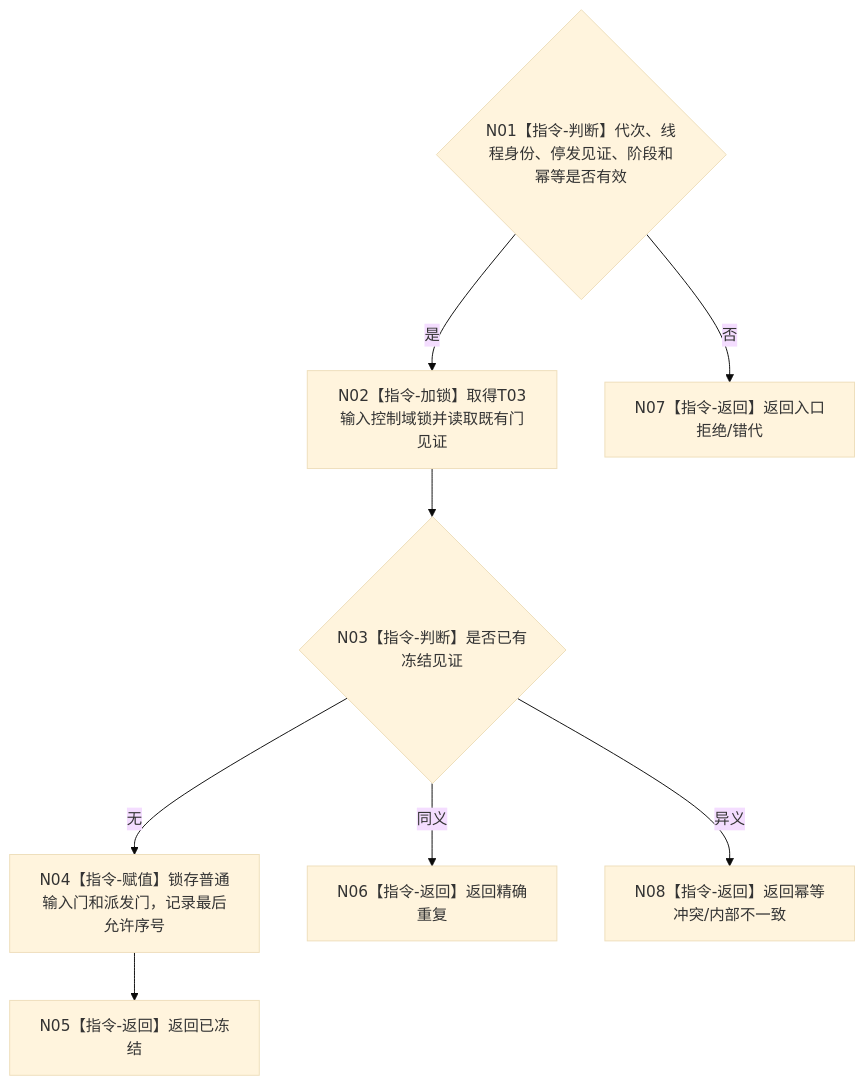
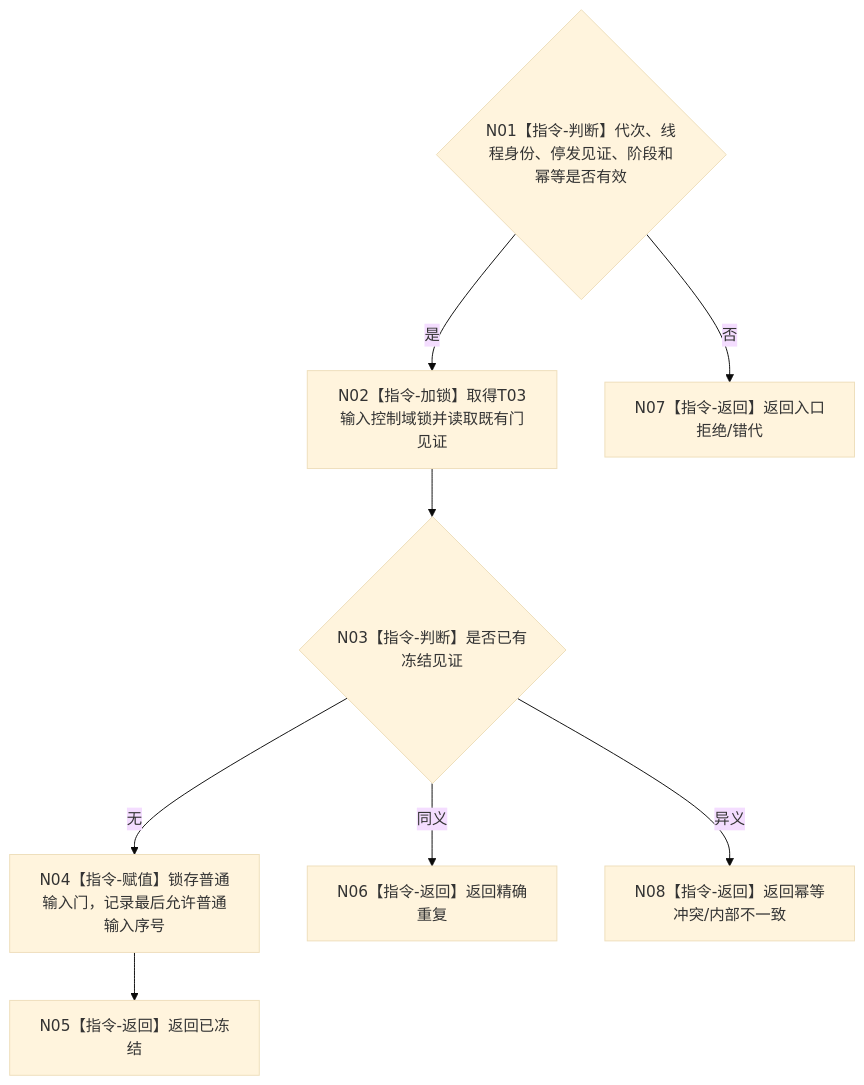
One commit to chunhaizh-cyber/HY-Ego changed the diagram in 流程图/目标业务流程图/L4/BIZ-L4-001-14-01-01_冻结任务管理新普通输入门_目标函数流程图_v0.1.md. Above: the diagram before and after it, drawn with Mermaid (base theme). The commit also changed other lines of this file and 25 other files, not shown here.

````diff
--- a/流程图/目标业务流程图/L4/BIZ-L4-001-14-01-01_冻结任务管理新普通输入门_目标函数流程图_v0.1.md
+++ b/流程图/目标业务流程图/L4/BIZ-L4-001-14-01-01_冻结任务管理新普通输入门_目标函数流程图_v0.1.md
@@ -30,17 +30,17 @@
 ```mermaid
 flowchart TD
     N01{"N01【指令-判断】代次、线程身份、停发见证、阶段和幂等是否有效"}
     N02["N02【指令-加锁】取得T03输入控制域锁并读取既有门见证"]
     N03{"N03【指令-判断】是否已有冻结见证"}
-    N04["N04【指令-赋值】锁存普通输入门和派发门，记录最后允许序号"]
+    N04["N04【指令-赋值】锁存普通输入门，记录最后允许普通输入序号"]
     N05["N05【指令-返回】返回已冻结"]
     N06["N06【指令-返回】返回精确重复"]
     N07["N07【指令-返回】返回入口拒绝/错代"]
     N08["N08【指令-返回】返回幂等冲突/内部不一致"]
 
     N01 -->|否| N07
     N01 -->|是| N02 --> N03
     N03 -->|同义| N06
     N03 -->|异义| N08
     N03 -->|无| N04 --> N05
 ```
````
